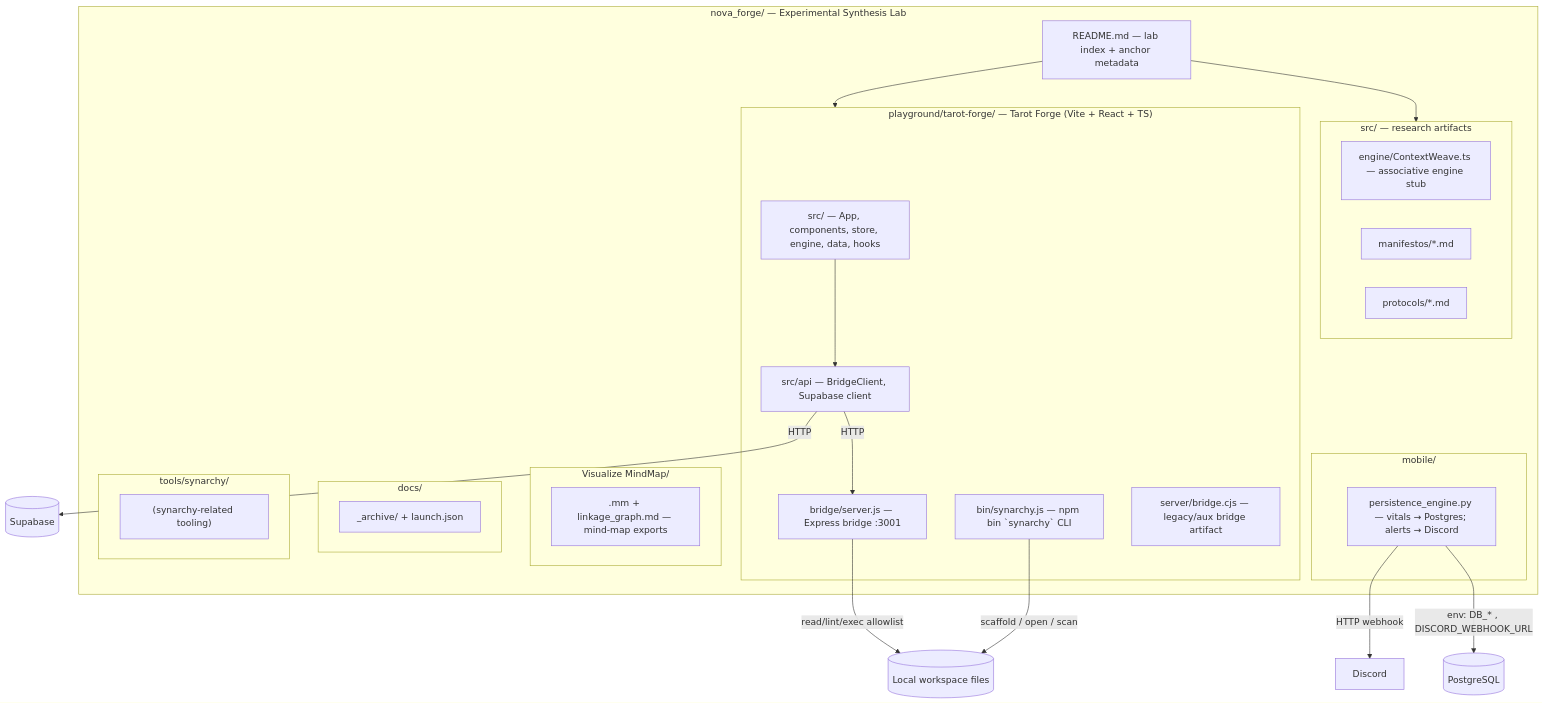
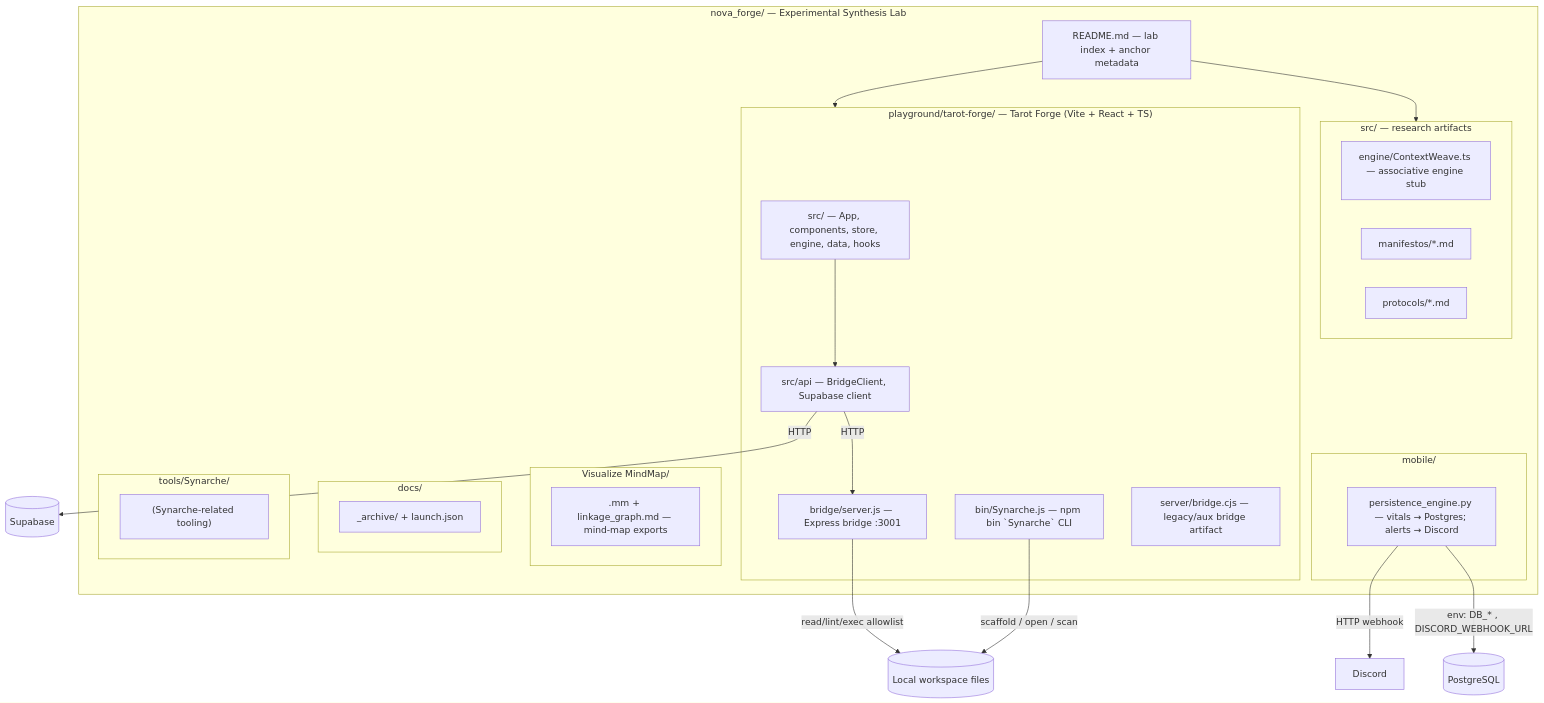
Before and after one commit to Icebane84/Synarche_Workshop: the first of 2 diagrams in nova_forge/Visualize MindMap/MAP.md, drawn with Mermaid. The commit also changed other lines of this file and 1480 other files, not shown here.

````diff
--- a/nova_forge/Visualize MindMap/MAP.md
+++ b/nova_forge/Visualize MindMap/MAP.md
@@ -5,40 +5,40 @@
 ```mermaid
 flowchart TB
   subgraph NF["nova_forge/ — Experimental Synthesis Lab"]
     README["README.md — lab index + anchor metadata"]
     subgraph SRC["src/ — research artifacts"]
       ENG["engine/ContextWeave.ts — associative engine stub"]
       MAN["manifestos/*.md"]
       PRO["protocols/*.md"]
     end
     subgraph MOB["mobile/"]
       PE["persistence_engine.py — vitals → Postgres; alerts → Discord"]
     end
     subgraph PG["playground/tarot-forge/ — Tarot Forge (Vite + React + TS)"]
       UI["src/ — App, components, store, engine, data, hooks"]
       API["src/api — BridgeClient, Supabase client"]
       BR["bridge/server.js — Express bridge :3001"]
-      CLI["bin/synarchy.js — npm bin `synarchy` CLI"]
+      CLI["bin/Synarche.js — npm bin `Synarche` CLI"]
       LEG["server/bridge.cjs — legacy/aux bridge artifact"]
     end
     subgraph VM["Visualize MindMap/"]
       MM[".mm + linkage_graph.md — mind-map exports"]
     end
     subgraph DOC["docs/"]
       ARC["_archive/ + launch.json"]
     end
-    subgraph TL["tools/synarchy/"]
-      TSY["(synarchy-related tooling)"]
+    subgraph TL["tools/Synarche/"]
+      TSY["(Synarche-related tooling)"]
     end
   end
 
   README --> SRC
   README --> PG
   PE -->|env: DB_* , DISCORD_WEBHOOK_URL| EXTDB[(PostgreSQL)]
   PE -->|HTTP webhook| DISC[Discord]
   UI --> API
   API -->|HTTP| BR
   API -->|HTTP| SUPA[(Supabase)]
   BR -->|read/lint/exec allowlist| FS[(Local workspace files)]
   CLI -->|scaffold / open / scan| FS
 ```
````
